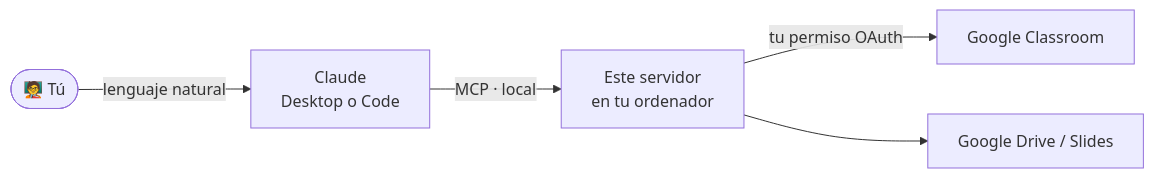
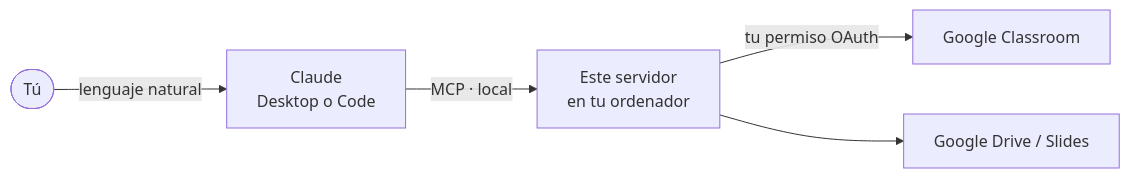
The diagram in README.md (vTanco/google-classroom-mcp), drawn with Mermaid before and after one commit. The commit also changed other lines of this file, not shown here.

````diff
--- a/README.md
+++ b/README.md
@@ -29,7 +29,7 @@
 ```mermaid
 flowchart LR
-    T(["🧑‍🏫 Tú"]) -->|lenguaje natural| C["Claude<br/>Desktop o Code"]
+    T(["Tú"]) -->|lenguaje natural| C["Claude<br/>Desktop o Code"]
     C -->|MCP · local| S["Este servidor<br/>en tu ordenador"]
     S -->|tu permiso OAuth| G["Google Classroom"]
     S --> D["Google Drive / Slides"]
 ```
````
